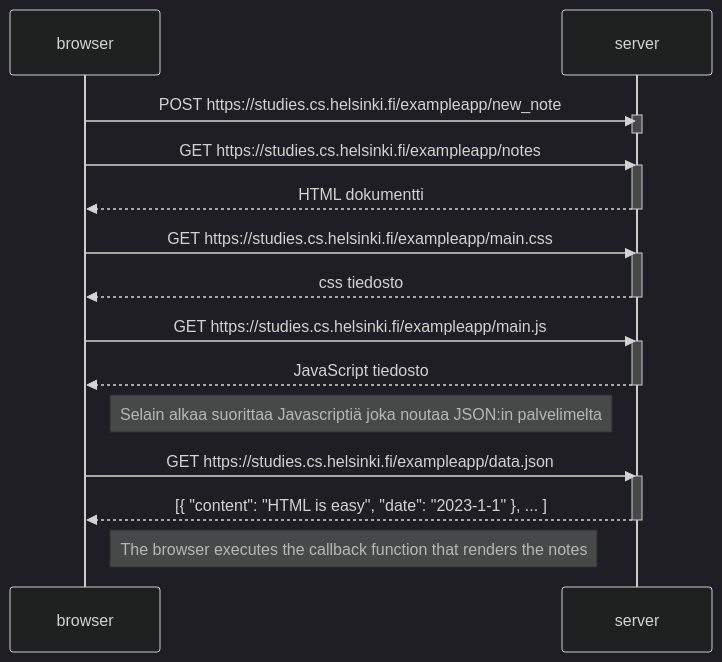
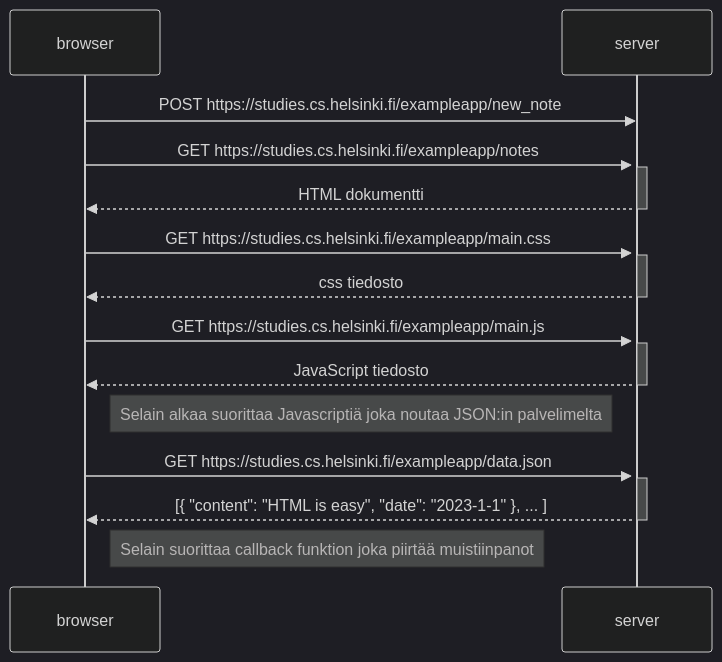
Before and after one commit to tuuhei8/full-stack-open: the diagram in fso0t1.md, drawn with Mermaid (dark theme).

````diff
--- a/fso0t1.md
+++ b/fso0t1.md
@@ -1,33 +1,32 @@
 ```mermaid
 sequenceDiagram
     participant browser
     participant server
 
     browser->>server: POST https://studies.cs.helsinki.fi/exampleapp/new_note
     activate server
-    deactivate server
     
     browser->>server: GET https://studies.cs.helsinki.fi/exampleapp/notes
     activate server
     server-->>browser: HTML dokumentti
     deactivate server
     
     browser->>server: GET https://studies.cs.helsinki.fi/exampleapp/main.css
     activate server
     server-->>browser: css tiedosto
     deactivate server
     
     browser->>server: GET https://studies.cs.helsinki.fi/exampleapp/main.js
     activate server
     server-->>browser: JavaScript tiedosto
     deactivate server
     
     Note right of browser: Selain alkaa suorittaa Javascriptiä joka noutaa JSON:in palvelimelta
     
     browser->>server: GET https://studies.cs.helsinki.fi/exampleapp/data.json
     activate server
     server-->>browser: [{ "content": "HTML is easy", "date": "2023-1-1" }, ... ]
     deactivate server    
 
-    Note right of browser: The browser executes the callback function that renders the notes 
+    Note right of browser: Selain suorittaa callback funktion joka piirtää muistiinpanot 
 ```
````
